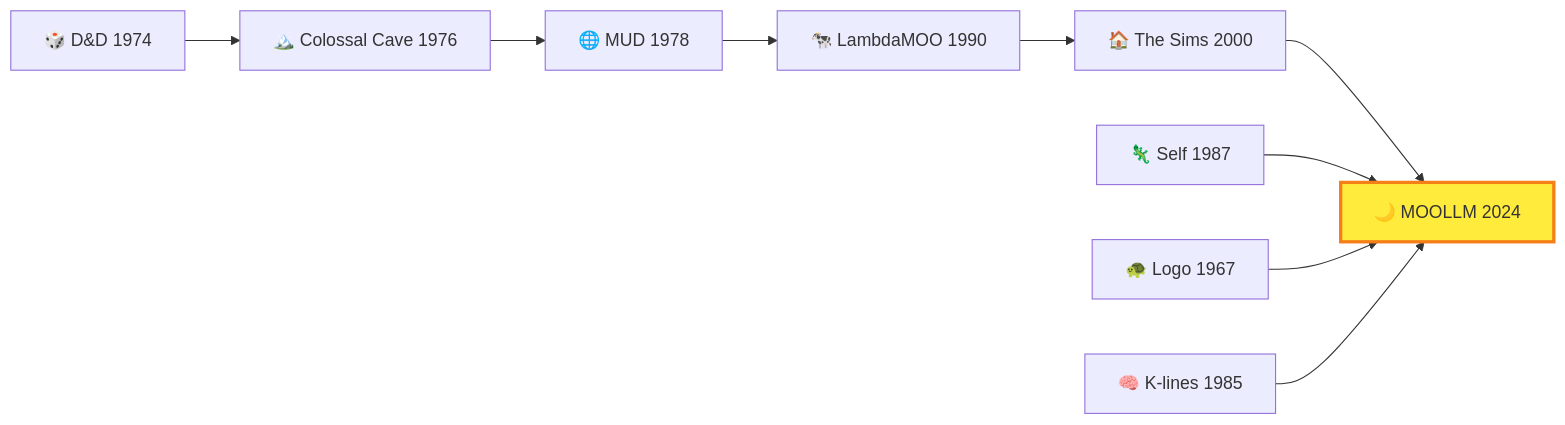
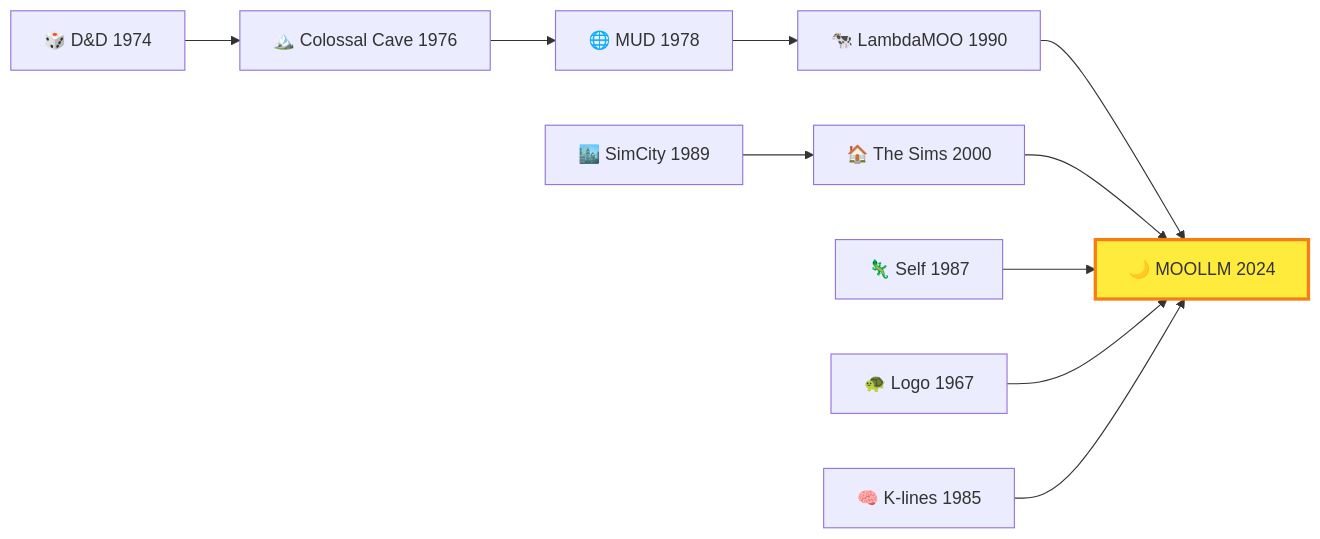
Before and after one commit to pragsmike/moollm: the third of 4 diagrams in designs/MOOLLM-MANIFESTO.md, drawn with Mermaid.

Commit message:
Fix lineage diagram: SimCity→Sims→MOOLLM, MOO→MOOLLM
LambdaMOO did NOT lead to The Sims.
- SimCity (1989) → The Sims (2000) → MOOLLM
- LambdaMOO (1990) → MOOLLM (direct)
Both are ancestors of MOOLLM, but separate lineages.

````diff
--- a/designs/MOOLLM-MANIFESTO.md
+++ b/designs/MOOLLM-MANIFESTO.md
@@ -131,14 +131,16 @@
 ```mermaid
 flowchart LR
     DND["🎲 D&D 1974"] --> CC["🏔️ Colossal Cave 1976"]
     CC --> MUD["🌐 MUD 1978"]
     MUD --> MOO["🐄 LambdaMOO 1990"]
-    MOO --> SIMS["🏠 The Sims 2000"]
-    SIMS --> MOOLLM["🌙 MOOLLM 2024"]
+    MOO --> MOOLLM["🌙 MOOLLM 2024"]
+    
+    SIMCITY["🏙️ SimCity 1989"] --> SIMS["🏠 The Sims 2000"]
+    SIMS --> MOOLLM
     
     SELF["🦎 Self 1987"] --> MOOLLM
     LOGO["🐢 Logo 1967"] --> MOOLLM
     MINSKY["🧠 K-lines 1985"] --> MOOLLM
     
     style MOOLLM fill:#ffeb3b,stroke:#f57f17,stroke-width:3px
 ```
````
